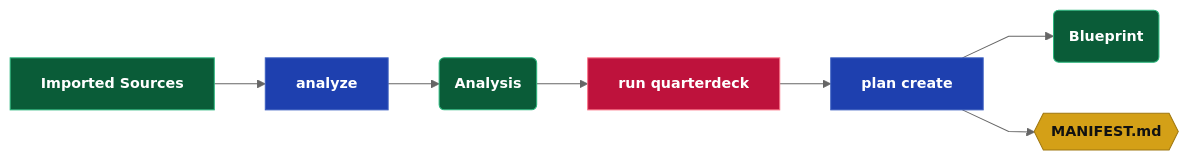
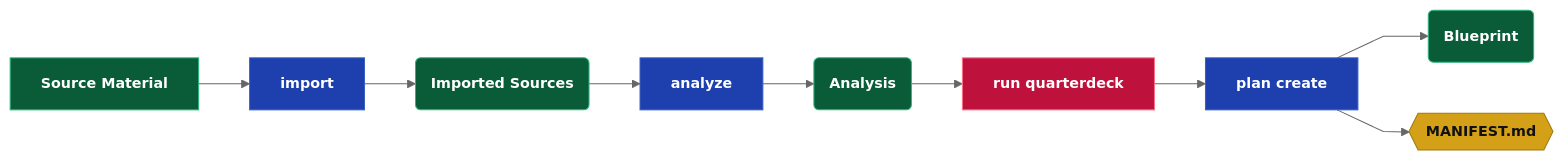
Before and after one commit to webcloudstudio/Drydock: the third of 9 diagrams in docs/Drydock_Specification.md, drawn with Mermaid. The commit also changed other lines of this file and 1 other file, not shown here.

Commit message:
Restore import to SAIL Phase 2 spec

````diff
--- a/docs/Drydock_Specification.md
+++ b/docs/Drydock_Specification.md
@@ -191,17 +194,19 @@
 ```mermaid
 %%{init: {'theme': 'neutral', 'flowchart': {'curve': 'linear'}, 'themeVariables': {'fontSize': '14px'}}}%%
 flowchart LR
   classDef dir    fill:#0a5c38,stroke:#2cb67d,color:#fff,font-weight:bold
   classDef md     fill:#d4a017,stroke:#a07810,color:#111,font-weight:bold
   classDef script fill:#1e40af,stroke:#3b5fc0,color:#fff,font-weight:bold
   classDef prompt fill:#c2410c,stroke:#ea580c,color:#fff,font-weight:bold
   classDef output fill:#6d28d9,stroke:#8b5cf6,color:#fff,font-weight:bold
   classDef web    fill:#be123c,stroke:#fb7185,color:#fff,font-weight:bold
 
-  SOURCES["Imported Sources"]:::dir --> ANALYZE["analyze"]:::script
+  SRC["Source Material"]:::dir --> IMPORT["import"]:::script
+  IMPORT --> SOURCES("Imported Sources"):::dir
+  SOURCES --> ANALYZE["analyze"]:::script
   ANALYZE --> ANALYSIS("Analysis"):::dir
   ANALYSIS --> QUARTERDECK["run quarterdeck"]:::web
   QUARTERDECK --> PLANCREATE["plan create"]:::script
   PLANCREATE --> BLUEPRINT("Blueprint"):::dir
   PLANCREATE --> MANIFEST{{"MANIFEST.md"}}:::md
 ```
````
